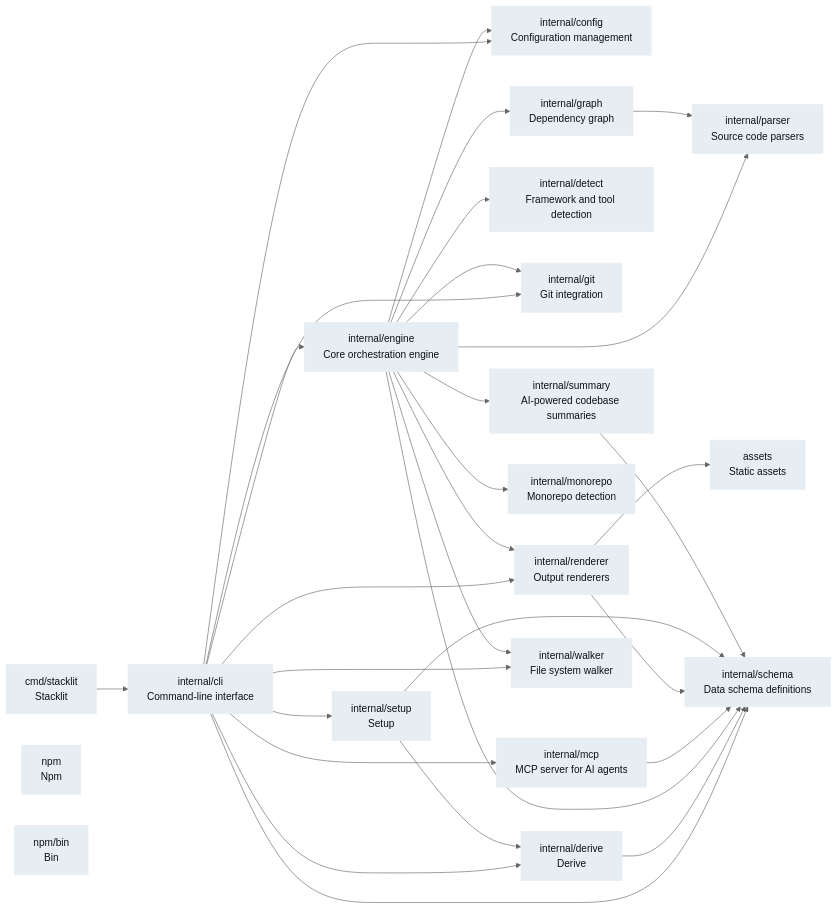
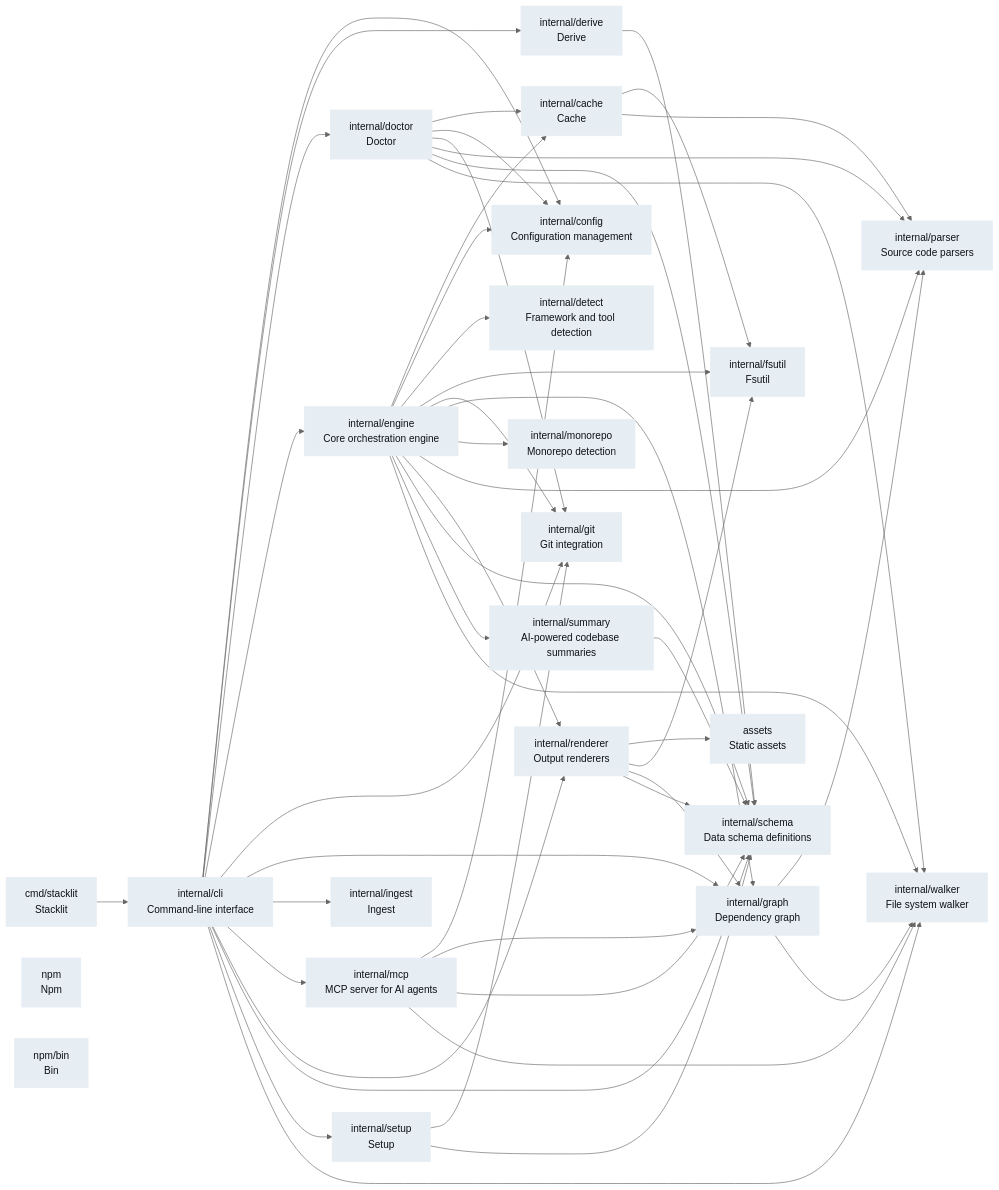
Before and after one commit to glincker/stacklit: the diagram in DEPENDENCIES.md, drawn with Mermaid (neutral theme). The commit also changed other lines of this file and 1 other file, not shown here.

Commit message:
chore: update stacklit index

````diff
--- a/DEPENDENCIES.md
+++ b/DEPENDENCIES.md
@@ -5,20 +5,33 @@
 ```mermaid
 graph LR
+  classDef c fill:#8b949e,color:#0d1117,stroke:#8b949e
+  classDef cpp fill:#8b949e,color:#0d1117,stroke:#8b949e
+  classDef csharp fill:#8b949e,color:#0d1117,stroke:#8b949e
+  classDef elixir fill:#8b949e,color:#0d1117,stroke:#8b949e
   classDef go fill:#e6edf3,color:#0d1117,stroke:#e6edf3
   classDef java fill:#8b949e,color:#0d1117,stroke:#8b949e
   classDef javascript fill:#c9d1d9,color:#0d1117,stroke:#c9d1d9
+  classDef kotlin fill:#8b949e,color:#0d1117,stroke:#8b949e
+  classDef php fill:#8b949e,color:#0d1117,stroke:#8b949e
   classDef python fill:#b1bac4,color:#0d1117,stroke:#b1bac4
+  classDef ruby fill:#8b949e,color:#0d1117,stroke:#8b949e
   classDef rust fill:#a5b3bf,color:#0d1117,stroke:#a5b3bf
+  classDef scala fill:#8b949e,color:#0d1117,stroke:#8b949e
+  classDef swift fill:#8b949e,color:#0d1117,stroke:#8b949e
   classDef typescript fill:#c9d1d9,color:#0d1117,stroke:#c9d1d9
   assets["assets<br/>Static assets"]:::go
   cmd_stacklit["cmd/stacklit<br/>Stacklit"]:::go
+  internal_cache["internal/cache<br/>Cache"]:::go
   internal_cli["internal/cli<br/>Command-line interface"]:::go
   internal_config["internal/config<br/>Configuration management"]:::go
   internal_derive["internal/derive<br/>Derive"]:::go
   internal_detect["internal/detect<br/>Framework and tool detection"]:::go
+  internal_doctor["internal/doctor<br/>Doctor"]:::go
   internal_engine["internal/engine<br/>Core orchestration engine"]:::go
+  internal_fsutil["internal/fsutil<br/>Fsutil"]:::go
   internal_git["internal/git<br/>Git integration"]:::go
   internal_graph["internal/graph<br/>Dependency graph"]:::go
+  internal_ingest["internal/ingest<br/>Ingest"]:::go
   internal_mcp["internal/mcp<br/>MCP server for AI agents"]:::go
   internal_monorepo["internal/monorepo<br/>Monorepo detection"]:::go
   internal_parser["internal/parser<br/>Source code parsers"]:::go
@@ -30,18 +43,31 @@
   npm["npm<br/>Npm"]:::go
   npm_bin["npm/bin<br/>Bin"]:::go
   cmd_stacklit --> internal_cli
+  internal_cache --> internal_fsutil
+  internal_cache --> internal_parser
   internal_cli --> internal_config
   internal_cli --> internal_derive
+  internal_cli --> internal_doctor
   internal_cli --> internal_engine
   internal_cli --> internal_git
+  internal_cli --> internal_graph
+  internal_cli --> internal_ingest
   internal_cli --> internal_mcp
   internal_cli --> internal_renderer
   internal_cli --> internal_schema
   internal_cli --> internal_setup
   internal_cli --> internal_walker
   internal_derive --> internal_schema
+  internal_doctor --> internal_cache
+  internal_doctor --> internal_config
+  internal_doctor --> internal_git
+  internal_doctor --> internal_parser
+  internal_doctor --> internal_schema
+  internal_doctor --> internal_walker
+  internal_engine --> internal_cache
   internal_engine --> internal_config
   internal_engine --> internal_detect
+  internal_engine --> internal_fsutil
   internal_engine --> internal_git
   internal_engine --> internal_graph
   internal_engine --> internal_monorepo
@@ -51,10 +77,16 @@
   internal_engine --> internal_summary
   internal_engine --> internal_walker
   internal_graph --> internal_parser
+  internal_graph --> internal_walker
+  internal_mcp --> internal_config
+  internal_mcp --> internal_graph
   internal_mcp --> internal_schema
+  internal_mcp --> internal_walker
   internal_renderer --> assets
+  internal_renderer --> internal_fsutil
+  internal_renderer --> internal_graph
   internal_renderer --> internal_schema
-  internal_setup --> internal_derive
+  internal_setup --> internal_git
   internal_setup --> internal_schema
   internal_summary --> internal_schema
 ```
````
